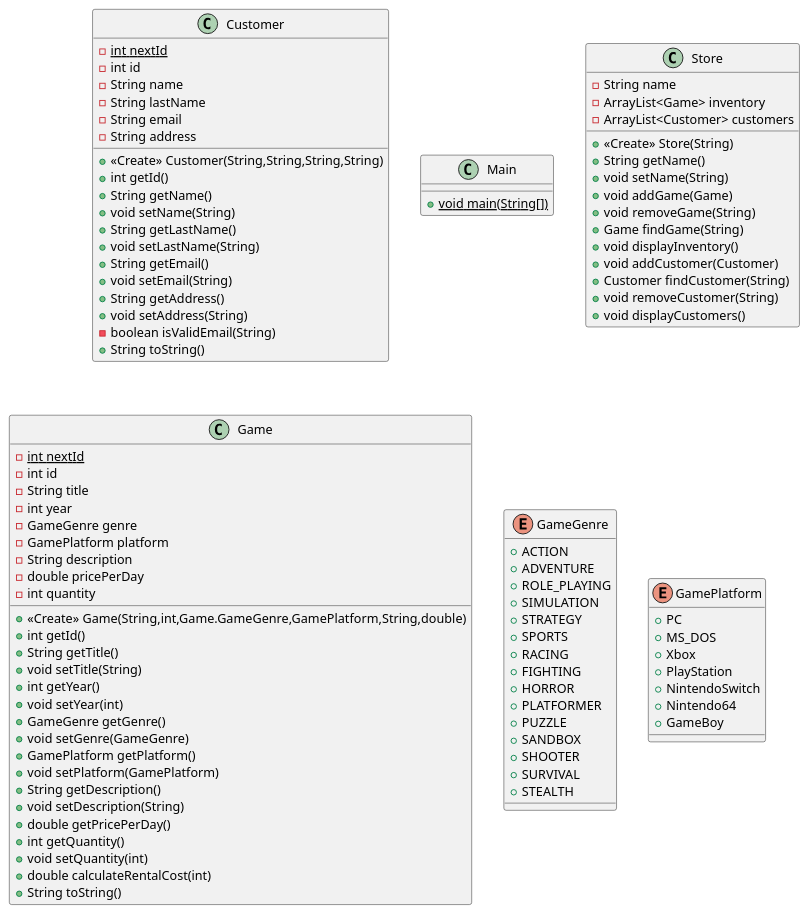
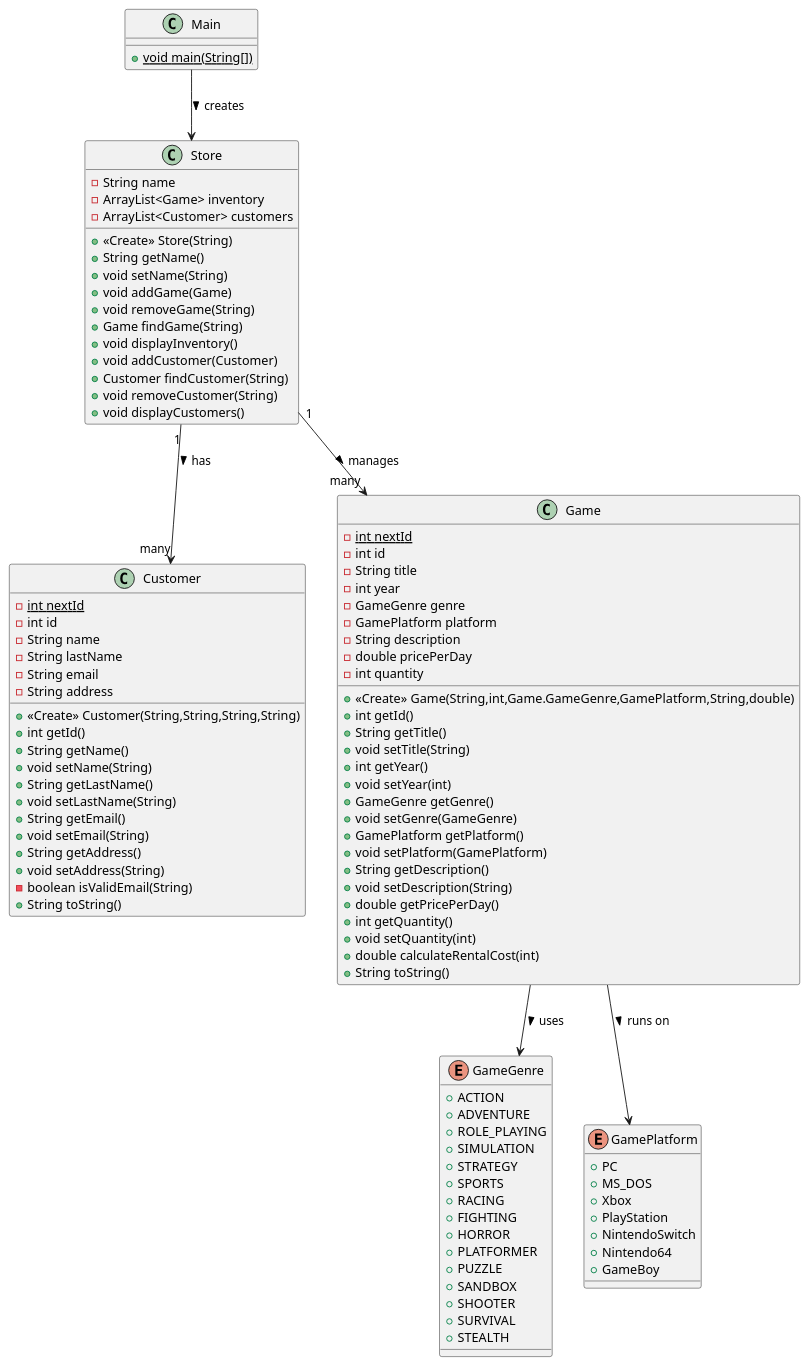
The diagram in PlayOps.puml (Blevis/PlayOps), drawn with PlantUML before and after one commit. The commit also changed 1 other file, not shown here.

Commit message:
updated UML

```diff
--- a/PlayOps.puml
+++ b/PlayOps.puml
@@ -1,104 +1,111 @@
 @startuml
 class Customer {
 - {static} int nextId
 - int id
 - String name
 - String lastName
 - String email
 - String address
 + <<Create>> Customer(String,String,String,String)
 + int getId()
 + String getName()
 + void setName(String)
 + String getLastName()
 + void setLastName(String)
 + String getEmail()
 + void setEmail(String)
 + String getAddress()
 + void setAddress(String)
 - boolean isValidEmail(String)
 + String toString()
 }
 
 
 class Main {
 + {static} void main(String[])
 }
 
 class Store {
 - String name
 - ArrayList<Game> inventory
 - ArrayList<Customer> customers
 + <<Create>> Store(String)
 + String getName()
 + void setName(String)
 + void addGame(Game)
 + void removeGame(String)
 + Game findGame(String)
 + void displayInventory()
 + void addCustomer(Customer)
 + Customer findCustomer(String)
 + void removeCustomer(String)
 + void displayCustomers()
 }
 
 
 class Game {
 - {static} int nextId
 - int id
 - String title
 - int year
 - GameGenre genre
 - GamePlatform platform
 - String description
 - double pricePerDay
 - int quantity
 + <<Create>> Game(String,int,Game.GameGenre,GamePlatform,String,double)
 + int getId()
 + String getTitle()
 + void setTitle(String)
 + int getYear()
 + void setYear(int)
 + GameGenre getGenre()
 + void setGenre(GameGenre)
 + GamePlatform getPlatform()
 + void setPlatform(GamePlatform)
 + String getDescription()
 + void setDescription(String)
 + double getPricePerDay()
 + int getQuantity()
 + void setQuantity(int)
 + double calculateRentalCost(int)
 + String toString()
 }
 
 
 enum GameGenre {
 +  ACTION
 +  ADVENTURE
 +  ROLE_PLAYING
 +  SIMULATION
 +  STRATEGY
 +  SPORTS
 +  RACING
 +  FIGHTING
 +  HORROR
 +  PLATFORMER
 +  PUZZLE
 +  SANDBOX
 +  SHOOTER
 +  SURVIVAL
 +  STEALTH
 }
 
 enum GamePlatform {
 +  PC
 +  MS_DOS
 +  Xbox
 +  PlayStation
 +  NintendoSwitch
 +  Nintendo64
 +  GameBoy
 }
 
+Store "1" --> "many" Customer : has >
+Store "1" --> "many" Game : manages >
+Game --> GameGenre : uses >
+Game --> GamePlatform : runs on >
+Main --> Store : creates >
+
+
 @enduml
```
